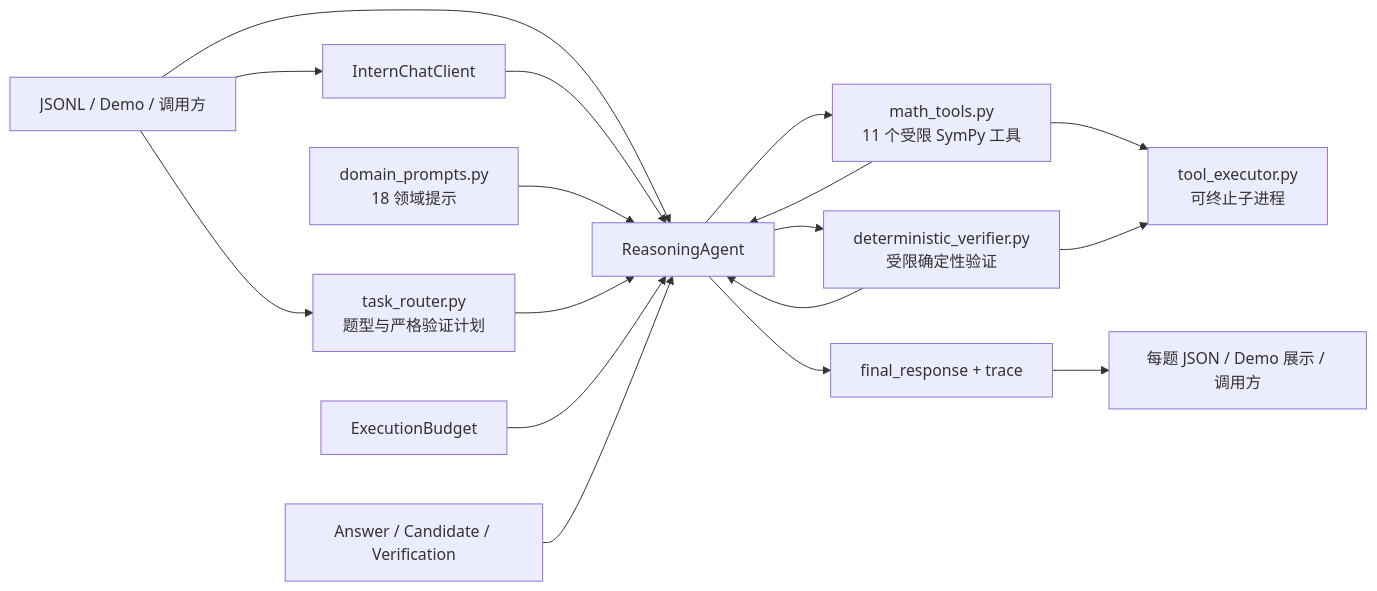
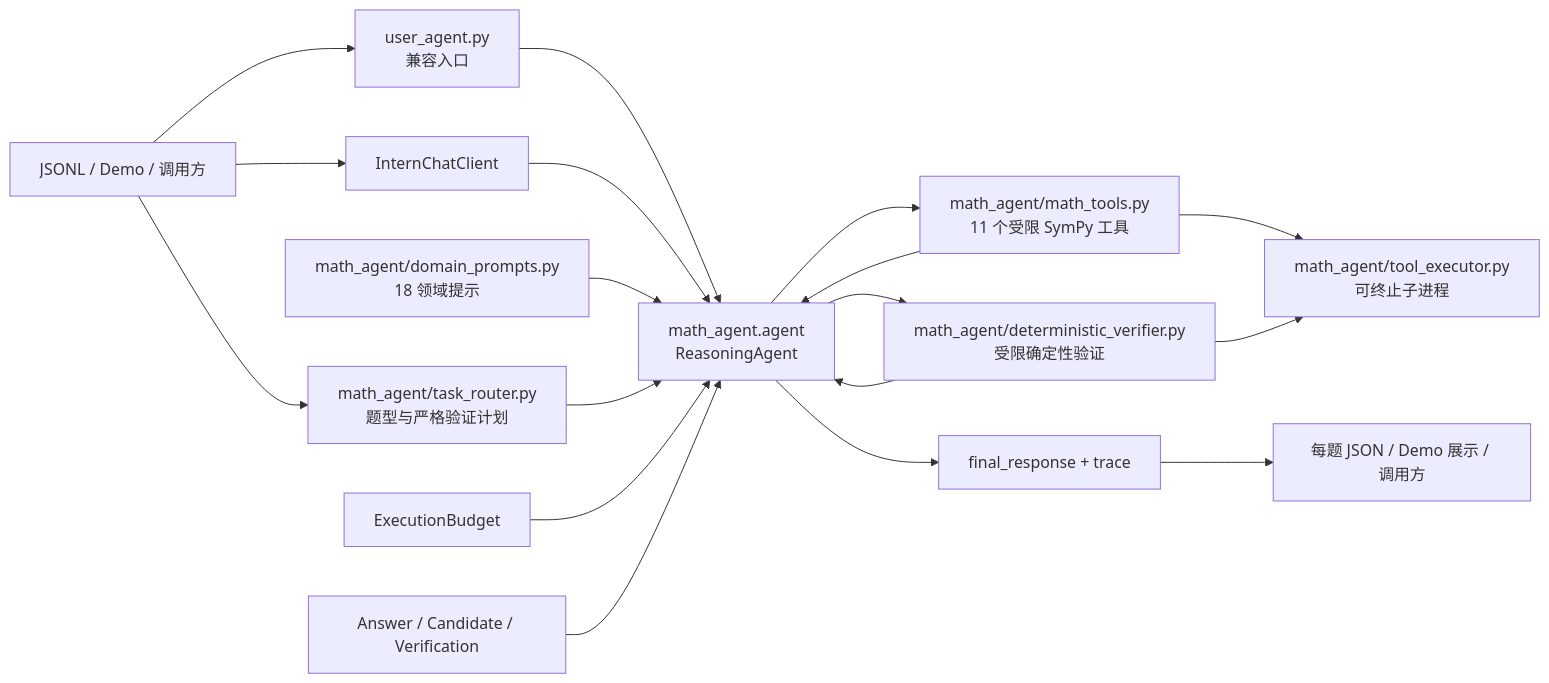
One commit to huangchen725/math_agent changed the diagram in ARCHITECTURE.md. Above: the diagram before and after it, drawn with Mermaid. The commit also changed other lines of this file and 36 other files, not shown here.

````diff
--- a/ARCHITECTURE.md
+++ b/ARCHITECTURE.md
@@ -29,19 +29,20 @@
 ```mermaid
 flowchart LR
-    I[JSONL / Demo / 调用方] --> C[InternChatClient]
-    I --> A[ReasoningAgent]
+    I[JSONL / Demo / 调用方] --> F[user_agent.py<br/>兼容入口]
+    F --> A[math_agent.agent<br/>ReasoningAgent]
+    I --> C[InternChatClient]
     C --> A
-    D[domain_prompts.py<br/>18 领域提示] --> A
-    I --> Q[task_router.py<br/>题型与严格验证计划]
+    D[math_agent/domain_prompts.py<br/>18 领域提示] --> A
+    I --> Q[math_agent/task_router.py<br/>题型与严格验证计划]
     Q --> A
     B[ExecutionBudget] --> A
-    A --> T[math_tools.py<br/>11 个受限 SymPy 工具]
-    T --> P[tool_executor.py<br/>可终止子进程]
+    A --> T[math_agent/math_tools.py<br/>11 个受限 SymPy 工具]
+    T --> P[math_agent/tool_executor.py<br/>可终止子进程]
     T --> A
-    A --> V[deterministic_verifier.py<br/>受限确定性验证]
+    A --> V[math_agent/deterministic_verifier.py<br/>受限确定性验证]
     V --> P
     V --> A
     E[Answer / Candidate / Verification] --> A
     A --> R[final_response + trace]
     R --> O[每题 JSON / Demo 展示 / 调用方]
 ```
````
